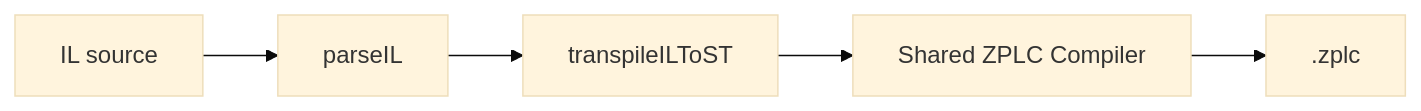
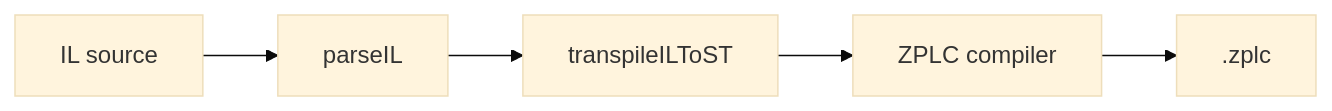
The diagram in docs/docs/languages/il.md (eduardojvieira/ZPLC), drawn with Mermaid (base theme) before and after one commit. The commit also changed other lines of this file and 62 other files, not shown here.

````diff
--- a/docs/docs/languages/il.md
+++ b/docs/docs/languages/il.md
@@ -15,7 +13,7 @@
 ```mermaid
 flowchart LR
   IL[IL source] --> Parse[parseIL]
   Parse --> ToST[transpileILToST]
-  ToST --> Compile[Shared ZPLC Compiler]
+  ToST --> Compile[ZPLC compiler]
   Compile --> ZPLC[.zplc]
 ```
````
